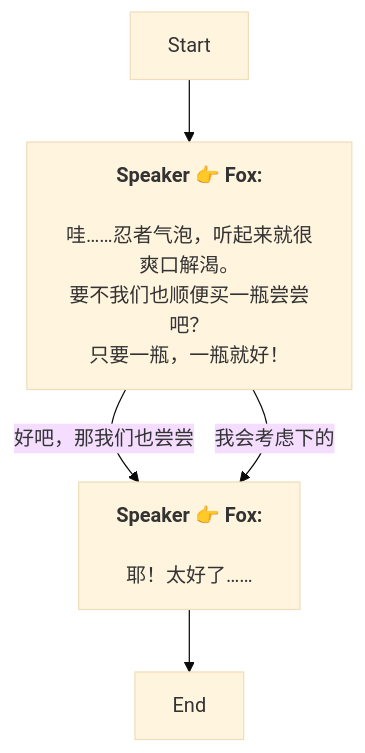
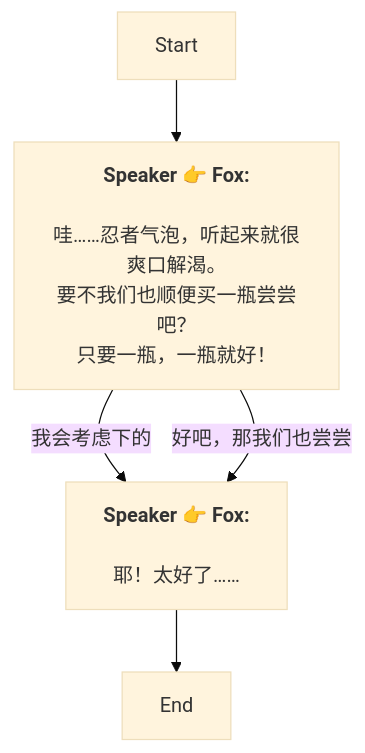
One commit to SoftHu/tos_avg changed the diagram in Zh/AddDialogNode_1739692900553997.md. Above: the diagram before and after it, drawn with Mermaid (base theme). The commit also changed other lines of this file and 780 other files, not shown here.

````diff
--- a/Zh/AddDialogNode_1739692900553997.md
+++ b/Zh/AddDialogNode_1739692900553997.md
@@ -1,12 +1,12 @@
 ```mermaid
 graph
 Start -->1739694113745168[<b>Speaker 👉 Fox:</b>
 \n哇……忍者气泡，听起来就很爽口解渴。\n要不我们也顺便买一瓶尝尝吧？
 只要一瓶，一瓶就好！]
+1739694113745168 -->|我会考虑下的|1739694965072150[<b>Speaker 👉 Fox:</b>
+\n耶！太好了……]
 1739694113745168 -->|好吧，那我们也尝尝|1739694965072150[<b>Speaker 👉 Fox:</b>
-\n耶！太好了……]
-1739694113745168 -->|我会考虑下的|1739694965072150[<b>Speaker 👉 Fox:</b>
 \n耶！太好了……]
 1739694965072150 -->1739695381930263[End]
 
 ```
````
